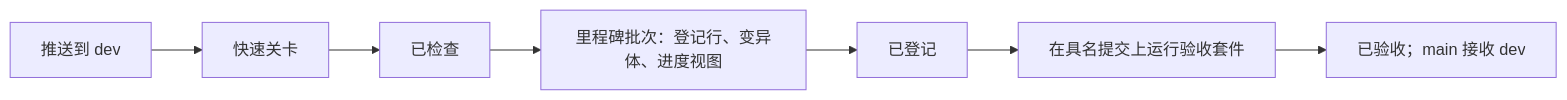
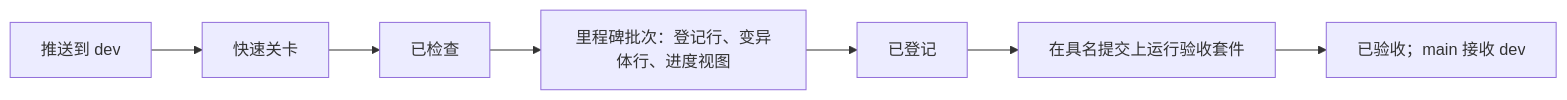
Before and after one commit to cla7aye15I4nd/oss-proof: the diagram in docs/checking/README.zh.md, drawn with Mermaid. The commit also changed other lines of this file and 15 other files, not shown here.

````diff
--- a/docs/checking/README.zh.md
+++ b/docs/checking/README.zh.md
@@ -22,9 +24,9 @@
 ```mermaid
 flowchart LR
     P["推送到 dev"] --> G["快速关卡"]
     G --> C["已检查"]
-    C --> M["里程碑批次：登记行、变异体、进度视图"]
+    C --> M["里程碑批次：登记行、变异体行、进度视图"]
     M --> R["已登记"]
     R --> A["在具名提交上运行验收套件"]
     A --> F["已验收；main 接收 dev"]
 ```
````
